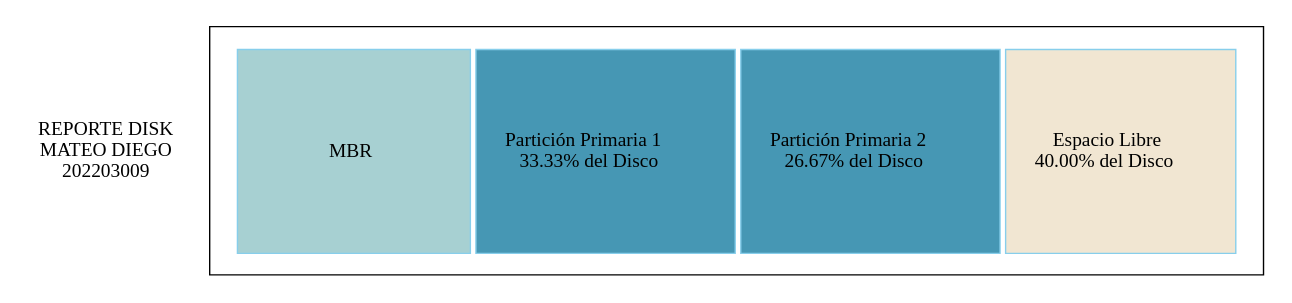
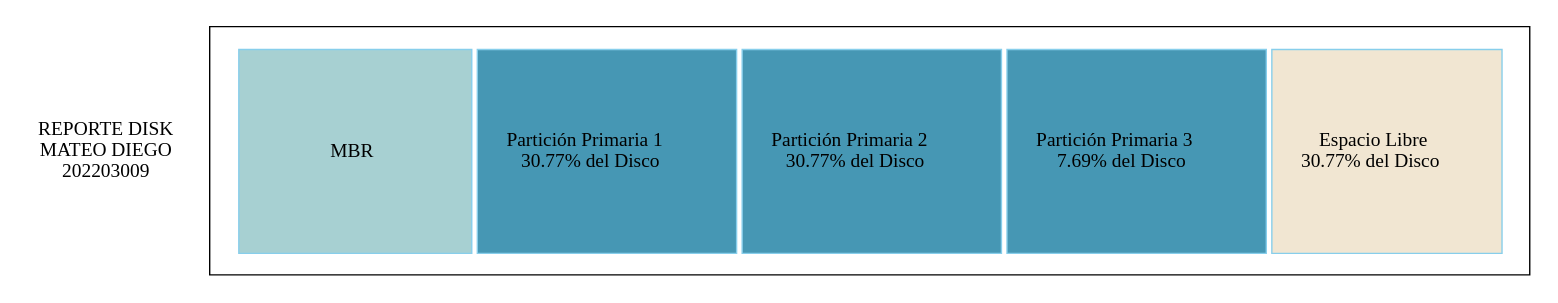
Before and after one commit to matiuuh/-MIA_1S_P2_202203009: the diagram in backend/REPORTEDISK.dot, drawn with Graphviz. The commit also changed 3 other files, not shown here.

```diff
--- a/backend/REPORTEDISK.dot
+++ b/backend/REPORTEDISK.dot
@@ -1,21 +1,22 @@
 digraph G {
 labelloc="t"
 node [shape=plaintext];
 fontname="Courier New";
 title [label="REPORTE DISK
 MATEO DIEGO
 202203009"];
 subgraph cluster1 {
 fontname="Courier New";
 label=""
 disco [shape=none label=<
 <TABLE border="0" cellspacing="4" cellpadding="5" color="skyblue">
 <TR><TD bgcolor="#a7d0d2" border="1" cellpadding="65">MBR</TD>
-<TD bgcolor="#4697b4" border="1" cellpadding="20">Partición Primaria 1<br/>33.33% del Disco</TD>
-<TD bgcolor="#4697b4" border="1" cellpadding="20">Partición Primaria 2<br/>26.67% del Disco</TD>
-<TD bgcolor="#f1e6d2" border="1" cellpadding="20">Espacio Libre<br/>40.00% del Disco</TD>
+<TD bgcolor="#4697b4" border="1" cellpadding="20">Partición Primaria 1<br/>30.77% del Disco</TD>
+<TD bgcolor="#4697b4" border="1" cellpadding="20">Partición Primaria 2<br/>30.77% del Disco</TD>
+<TD bgcolor="#4697b4" border="1" cellpadding="20">Partición Primaria 3<br/>7.69% del Disco</TD>
+<TD bgcolor="#f1e6d2" border="1" cellpadding="20">Espacio Libre<br/>30.77% del Disco</TD>
 </TR>
 </TABLE>
 >];
 }
 }
```
